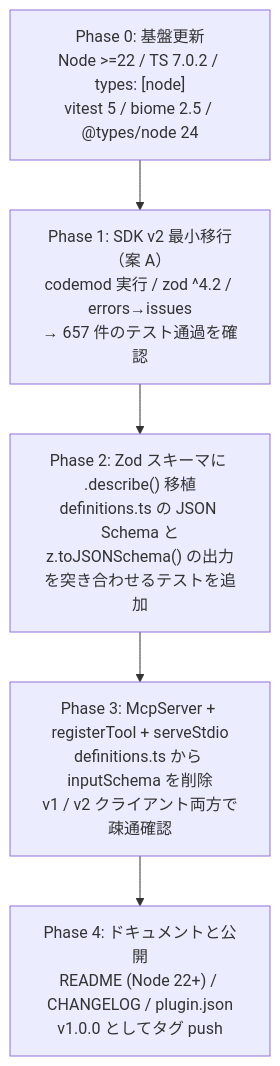
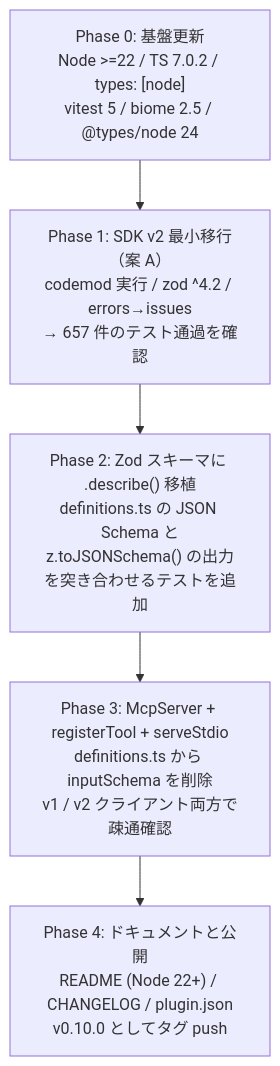
One commit to shuji-bonji/epsg-mcp changed the second of 2 diagrams in docs/sdk-v2-migration-plan.md. Above: the diagram before and after it, drawn with Mermaid. The commit also changed other lines of this file and 4 other files, not shown here.

````diff
--- a/docs/sdk-v2-migration-plan.md
+++ b/docs/sdk-v2-migration-plan.md
@@ -177,9 +177,9 @@
 ```mermaid
 flowchart TD
   P0["Phase 0: 基盤更新<br/>Node >=22 / TS 7.0.2 / types: [node]<br/>vitest 5 / biome 2.5 / @types/node 24"]
   P1["Phase 1: SDK v2 最小移行（案 A）<br/>codemod 実行 / zod ^4.2 / errors→issues<br/>→ 657 件のテスト通過を確認"]
   P2["Phase 2: Zod スキーマに .describe() 移植<br/>definitions.ts の JSON Schema と<br/>z.toJSONSchema() の出力を突き合わせるテストを追加"]
   P3["Phase 3: McpServer + registerTool + serveStdio<br/>definitions.ts から inputSchema を削除<br/>v1 / v2 クライアント両方で疎通確認"]
-  P4["Phase 4: ドキュメントと公開<br/>README (Node 22+) / CHANGELOG / plugin.json<br/>v1.0.0 としてタグ push"]
+  P4["Phase 4: ドキュメントと公開<br/>README (Node 22+) / CHANGELOG / plugin.json<br/>v0.10.0 としてタグ push"]
   P0 --> P1 --> P2 --> P3 --> P4
 ```
````
